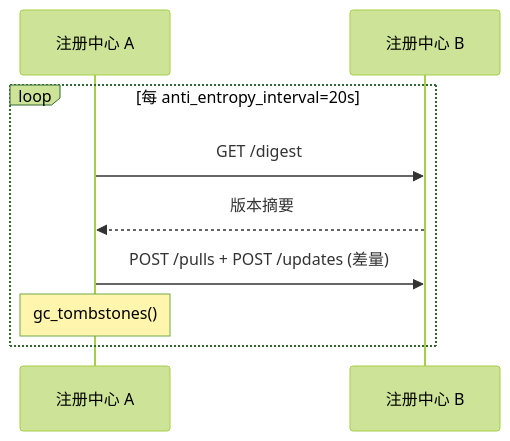
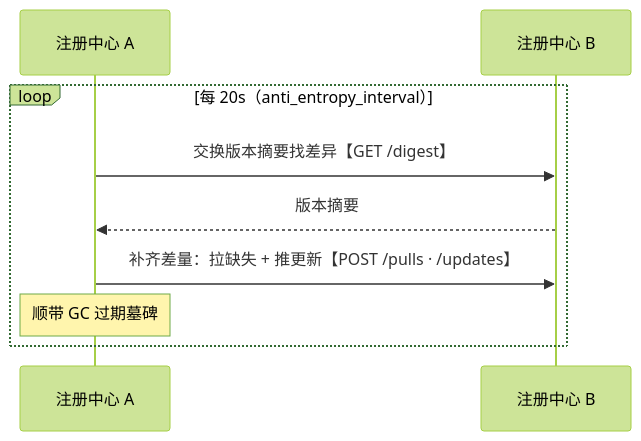
Before and after one commit to Weizheng96/A2X-registry: the fourth of 6 diagrams in docs/cluster_design.md, drawn with Mermaid (forest theme). The commit also changed other lines of this file, not shown here.

First line of the commit message:
docs(cluster): add class diagram; action-oriented sequences; restructure interfaces

````diff
--- a/docs/cluster_design.md
+++ b/docs/cluster_design.md
@@ -124,11 +126,11 @@
 ```mermaid
 sequenceDiagram
     participant A as 注册中心 A
     participant B as 注册中心 B
-    loop 每 anti_entropy_interval=20s
-        A->>B: GET /digest
+    loop 每 20s（anti_entropy_interval）
+        A->>B: 交换版本摘要找差异【GET /digest】
         B-->>A: 版本摘要
-        A->>B: POST /pulls + POST /updates (差量)
-        Note over A: gc_tombstones()
+        A->>B: 补齐差量：拉缺失 + 推更新【POST /pulls · /updates】
+        Note over A: 顺带 GC 过期墓碑
     end
 ```
````
